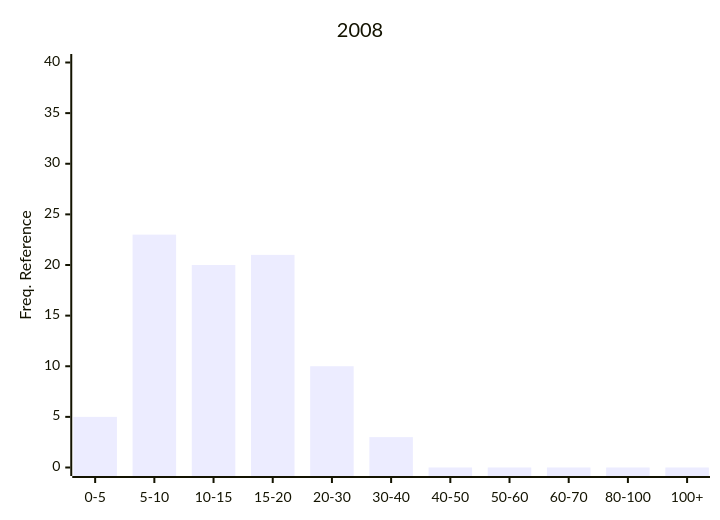
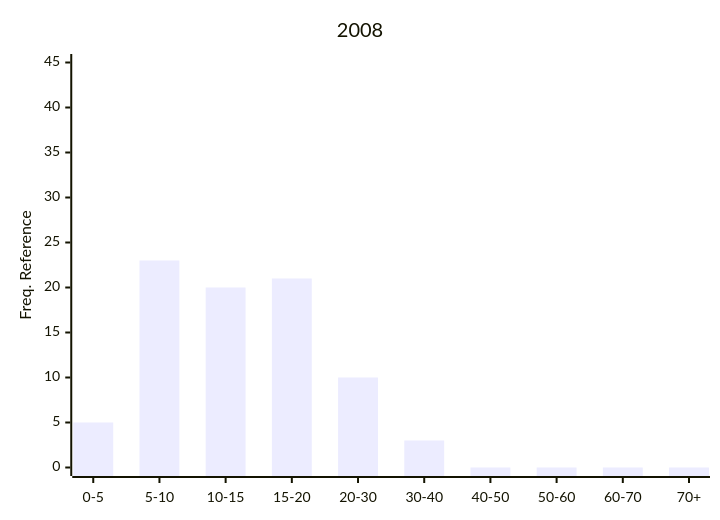
One commit to Nemus-Project/fair-nime-2026 changed diagram 12 of 29 in README.md. Above: the diagram before and after it, drawn with Mermaid. The commit also changed other lines of this file, not shown here.

Commit message:
add freq charts

````diff
--- a/README.md
+++ b/README.md
@@ -538,7 +541,7 @@
 ```mermaid
 xychart-beta
     title "2008"
-    x-axis ["0-5", "5-10", "10-15", "15-20", "20-30", "30-40", "40-50", "50-60", "60-70", "80-100", "100+"]
-    y-axis "Freq. Reference" 0 --> 40
-    bar [5, 23, 20, 21, 10, 3, 0, 0, 0, 0, 0]
+    x-axis ["0-5", "5-10", "10-15", "15-20", "20-30", "30-40", "40-50", "50-60", "60-70", "70+"]
+    y-axis "Freq. Reference" 0 --> 45
+    bar [5, 23, 20, 21, 10, 3, 0, 0, 0, 0]
 ```    
````
